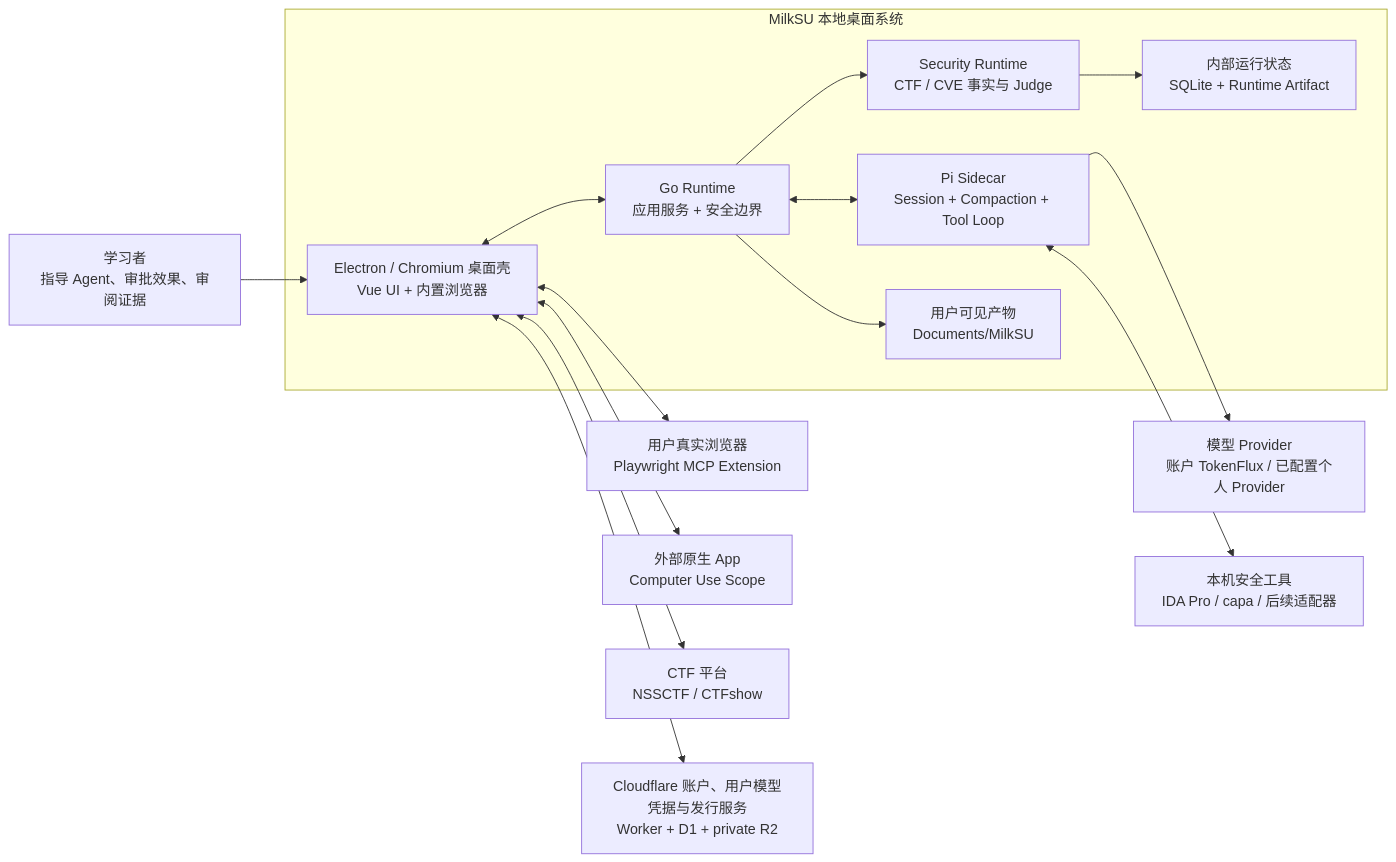
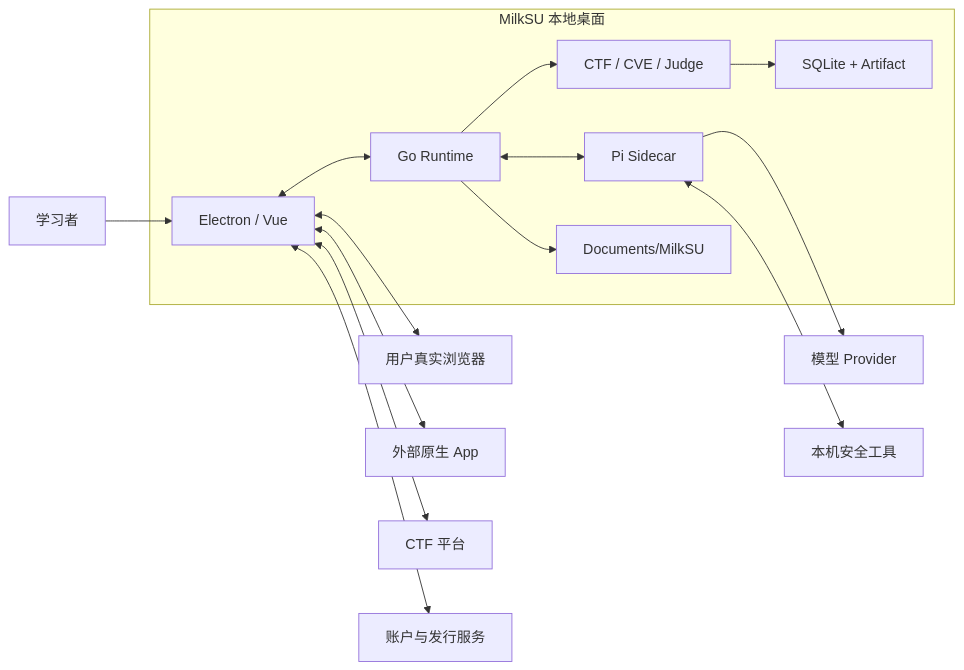
Before and after one commit to MetatronPrototype/milksu: the first of 2 diagrams in docs/architecture/current-system.md, drawn with Mermaid. The commit also changed other lines of this file and 8 other files, not shown here.

````diff
--- a/docs/architecture/current-system.md
+++ b/docs/architecture/current-system.md
@@ -10,31 +10,31 @@
 ```mermaid
 flowchart LR
-    learner["学习者<br/>指导 Agent、审批效果、审阅证据"]
-    provider["模型 Provider<br/>账户 TokenFlux / 已配置个人 Provider"]
-    local_tools["本机安全工具<br/>IDA Pro / capa / 后续适配器"]
-    user_browser["用户真实浏览器<br/>Playwright MCP Extension"]
-    native_apps["外部原生 App<br/>Computer Use Scope"]
-    ctf_platforms["CTF 平台<br/>NSSCTF / CTFshow"]
-    account_cloud["Cloudflare 账户、用户模型凭据与发行服务<br/>Worker + D1 + private R2"]
+    learner["学习者"]
+    provider["模型 Provider"]
+    local_tools["本机安全工具"]
+    user_browser["用户真实浏览器"]
+    native_apps["外部原生 App"]
+    ctf_platforms["CTF 平台"]
+    account_cloud["账户与发行服务"]
 
-    subgraph milksu["MilkSU 本地桌面系统"]
-        chromium["Electron / Chromium 桌面壳<br/>Vue UI + 内置浏览器"]
-        go["Go Runtime<br/>应用服务 + 安全边界"]
-        pi["Pi Sidecar<br/>Session + Compaction + Tool Loop"]
-        security["Security Runtime<br/>CTF / CVE 事实与 Judge"]
-        local["内部运行状态<br/>SQLite + Runtime Artifact"]
-        deliverables["用户可见产物<br/>Documents/MilkSU"]
+    subgraph milksu["MilkSU 本地桌面"]
+        chromium["Electron / Vue"]
+        go["Go Runtime"]
+        pi["Pi Sidecar"]
+        security["CTF / CVE / Judge"]
+        local["SQLite + Artifact"]
+        deliverables["Documents/MilkSU"]
     end
 
     learner --> chromium
     chromium <--> go
     go <--> pi
     pi --> provider
     pi <--> local_tools
     go --> security --> local
     go --> deliverables
     chromium <--> user_browser
     chromium <--> native_apps
     chromium <--> ctf_platforms
     chromium <--> account_cloud
 ```
````
